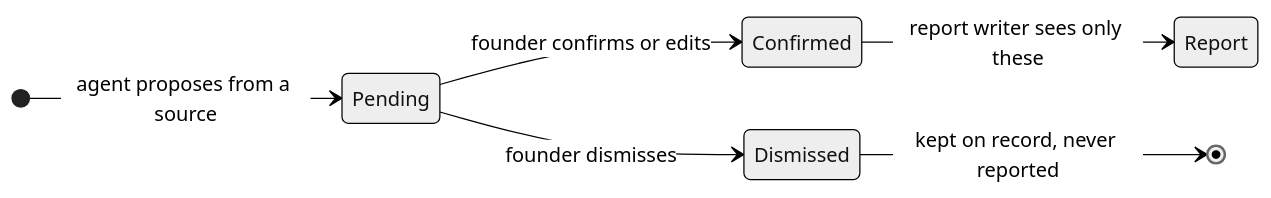
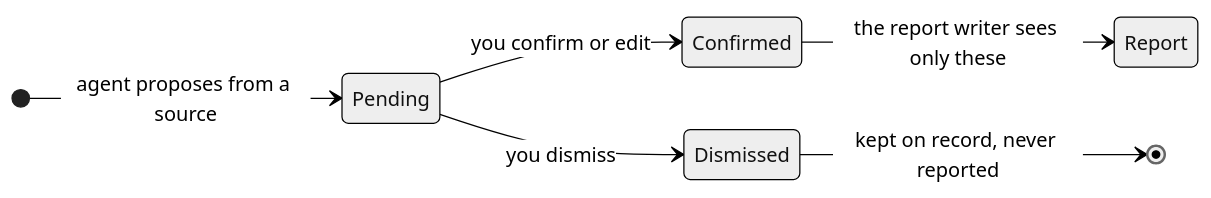
The second of 2 diagrams in README.md (rhaveen-sa/Agentic-Investor-Updates), drawn with Mermaid (neutral theme) before and after one commit. The commit also changed other lines of this file and 17 other files, not shown here.

````diff
--- a/README.md
+++ b/README.md
@@ -133,9 +168,9 @@
 ```mermaid
 stateDiagram-v2
     direction LR
     [*] --> Pending: agent proposes from a source
-    Pending --> Confirmed: founder confirms or edits
-    Pending --> Dismissed: founder dismisses
-    Confirmed --> Report: report writer sees only these
+    Pending --> Confirmed: you confirm or edit
+    Pending --> Dismissed: you dismiss
+    Confirmed --> Report: the report writer sees only these
     Dismissed --> [*]: kept on record, never reported
 ```
````
